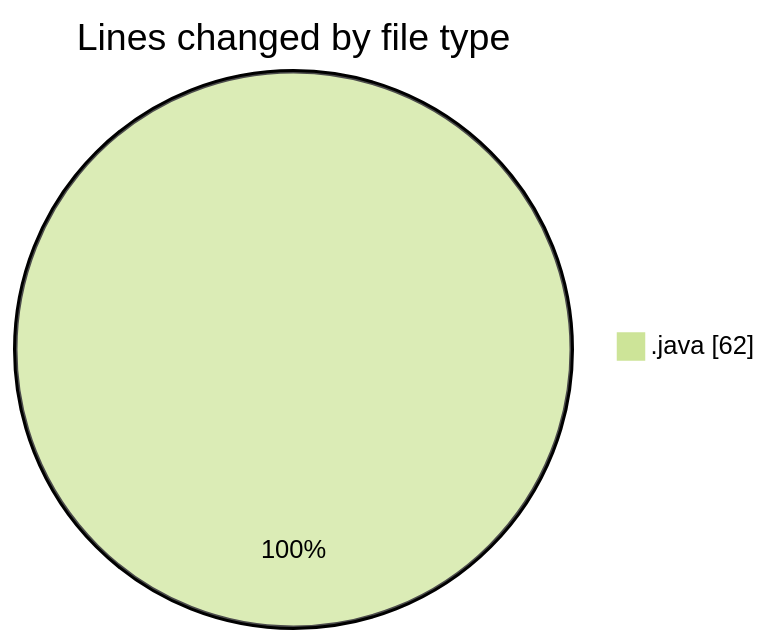
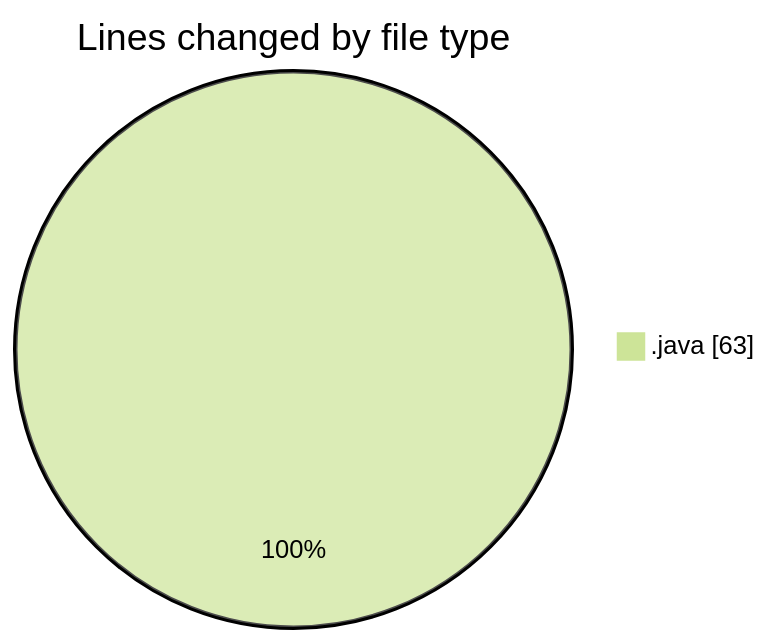
The first of 2 diagrams in 2026-04-26/chatserver/README.md (hasnaa123/code-tracking), drawn with Mermaid (forest theme) before and after one commit. The commit also changed other lines of this file and 1 other file, not shown here.

````diff
--- a/2026-04-26/chatserver/README.md
+++ b/2026-04-26/chatserver/README.md
@@ -22,5 +22,5 @@
 ```mermaid
 pie showData
 title Lines changed by file type
-".java" : 62
+".java" : 63
 ```
````
